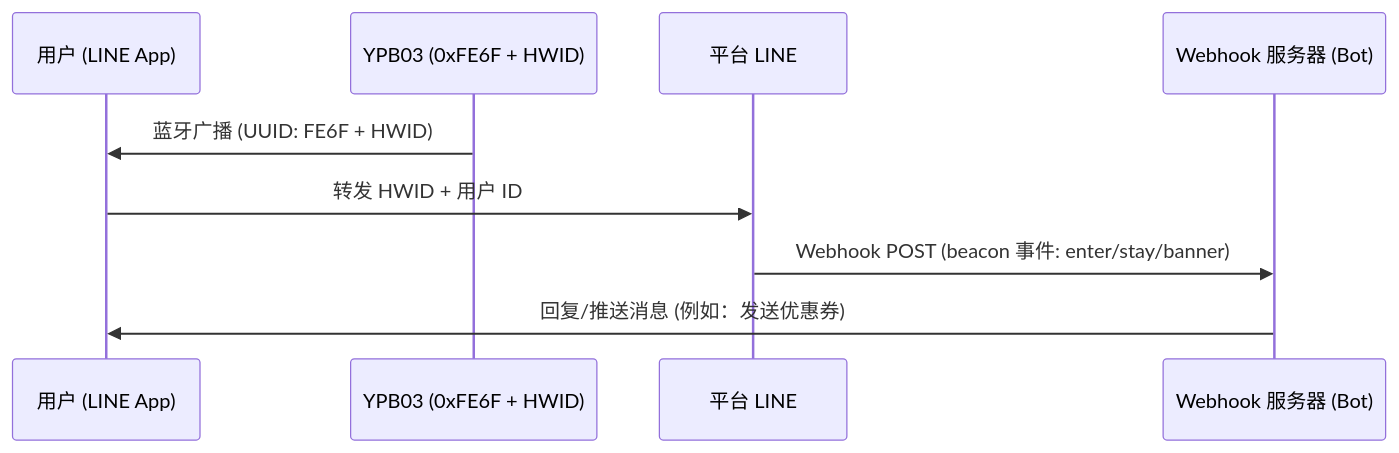
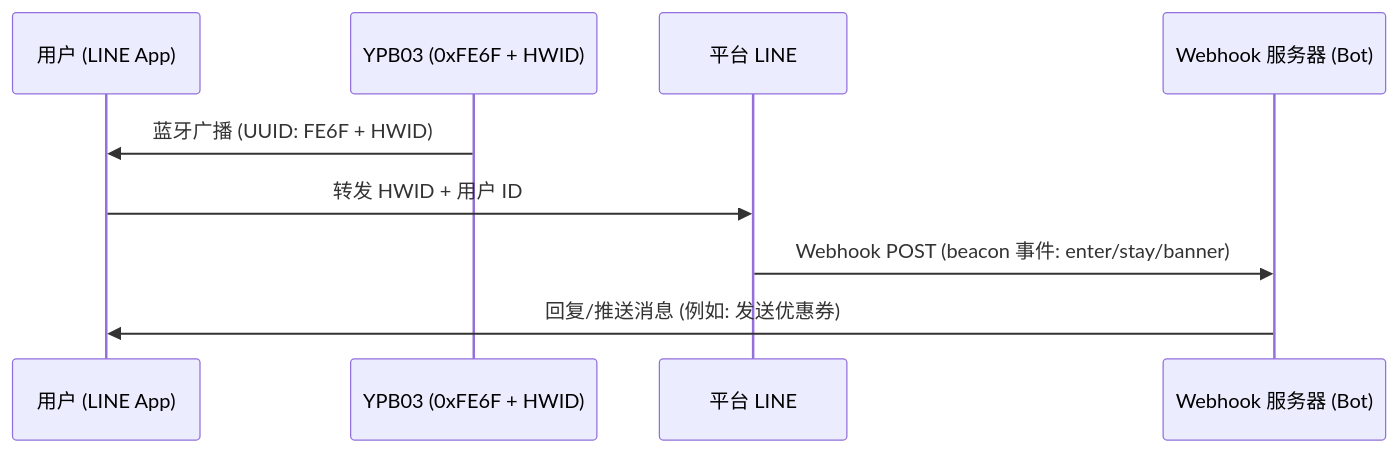
The diagram in content/zh-cn/products/ibeacon/ypb03/_index.md (yopitek/yupitek_official_web), drawn with Mermaid before and after one commit. The commit also changed 1136 other files, not shown here.

````diff
--- a/content/zh-cn/products/ibeacon/ypb03/_index.md
+++ b/content/zh-cn/products/ibeacon/ypb03/_index.md
@@ -38,12 +38,12 @@
 ```mermaid
 sequenceDiagram
     participant User as 用户 (LINE App)
     participant Beacon as YPB03 (0xFE6F + HWID)
     participant LINE as 平台 LINE
     participant Bot as Webhook 服务器 (Bot)
 
     Beacon->>User: 蓝牙广播 (UUID: FE6F + HWID)
     User->>LINE: 转发 HWID + 用户 ID
     LINE->>Bot: Webhook POST (beacon 事件: enter/stay/banner)
-    Bot->>User: 回复/推送消息 (例如：发送优惠券)
+    Bot->>User: 回复/推送消息 (例如: 发送优惠券)
 ```
````
